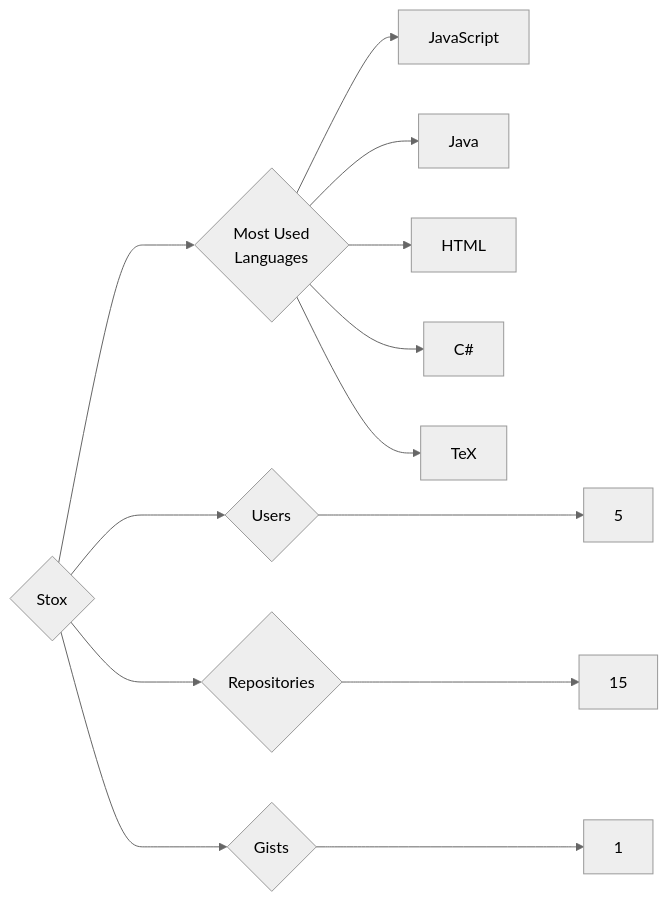
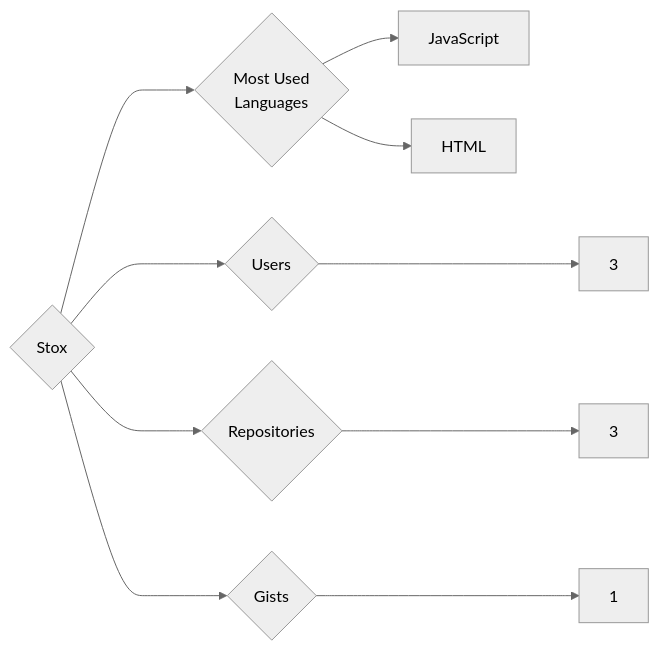
Before and after one commit to trickest/insiders: the diagram in targets/Stox/README.md, drawn with Mermaid (neutral theme). The commit also changed 860 other files, not shown here.

````diff
--- a/targets/Stox/README.md
+++ b/targets/Stox/README.md
@@ -3,13 +3,10 @@
 ```mermaid
 graph LR
 COMPANY_NAME{Stox}
-COMPANY_NAME ---> U{Users} ---> UN[5]
-COMPANY_NAME ---> R{Repositories} ---> RN[15]
+COMPANY_NAME ---> U{Users} ---> UN[3]
+COMPANY_NAME ---> R{Repositories} ---> RN[3]
 COMPANY_NAME ---> G{Gists} ---> GN[1]
 COMPANY_NAME ---> ML{Most Used<br>Languages}
 ML --> JavaScript[JavaScript]
-ML --> Java[Java]
 ML --> HTML[HTML]
-ML --> C#[C#]
-ML --> TeX[TeX]
 ```
````
